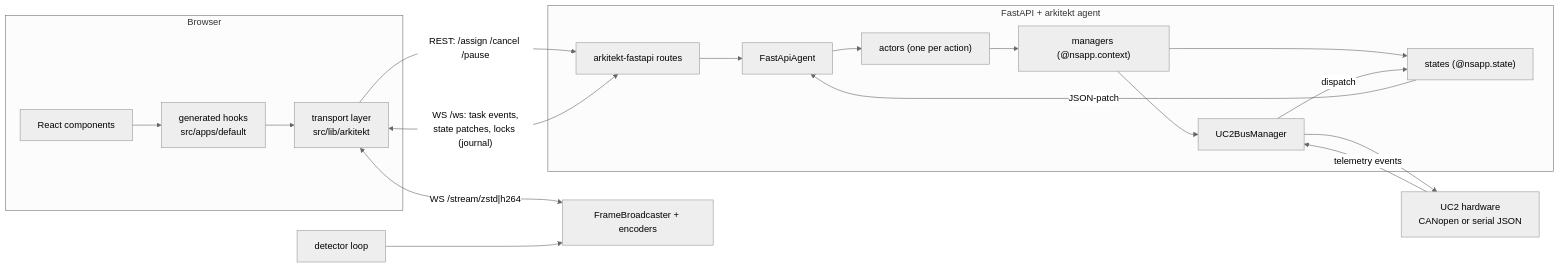
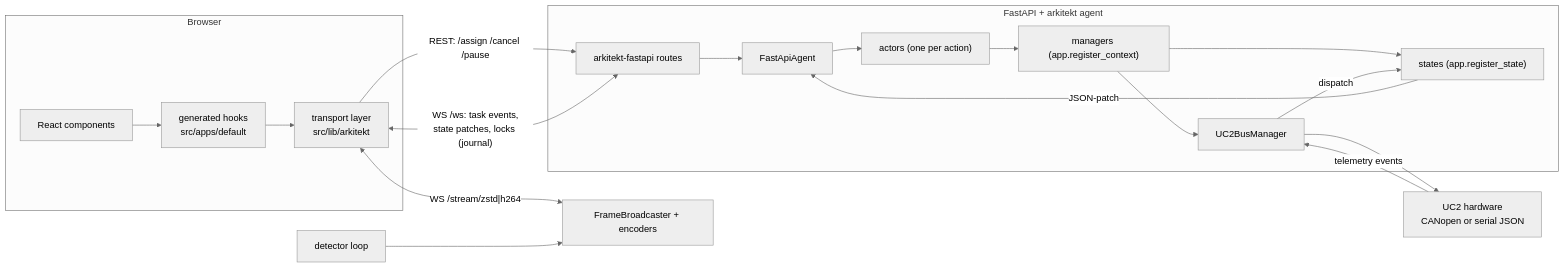
Before and after one commit to openUC2/newswitch: the first of 2 diagrams in docs/ARCHITECTURE.md, drawn with Mermaid (neutral theme). The commit also changed other lines of this file and 277 other files, not shown here.

````diff
--- a/docs/ARCHITECTURE.md
+++ b/docs/ARCHITECTURE.md
@@ -34,21 +45,21 @@
 ```mermaid
 flowchart LR
     subgraph Browser
         UI[React components] --> Hooks[generated hooks<br/>src/apps/default]
         Hooks --> TP[transport layer<br/>src/lib/arkitekt]
     end
     TP -- "REST: /assign /cancel /pause" --> API
     TP <-- "WS /ws: task events,<br/>state patches, locks (journal)" --> API
     TP <-- "WS /stream/zstd|h264" --> ENC[FrameBroadcaster + encoders]
     subgraph Backend[FastAPI + arkitekt agent]
         API[arkitekt-fastapi routes] --> AG[FastApiAgent]
         AG --> ACT["actors (one per action)"]
-        ACT --> MGR["managers (@nsapp.context)"]
-        MGR --> ST["states (@nsapp.state)"]
+        ACT --> MGR["managers (app.register_context)"]
+        MGR --> ST["states (app.register_state)"]
         ST -- JSON-patch --> AG
         MGR --> BUS[UC2BusManager]
     end
     BUS --> HW[UC2 hardware<br/>CANopen or serial JSON]
     HW -- telemetry events --> BUS -- dispatch --> ST
     DET[detector loop] --> ENC
 ```
````
